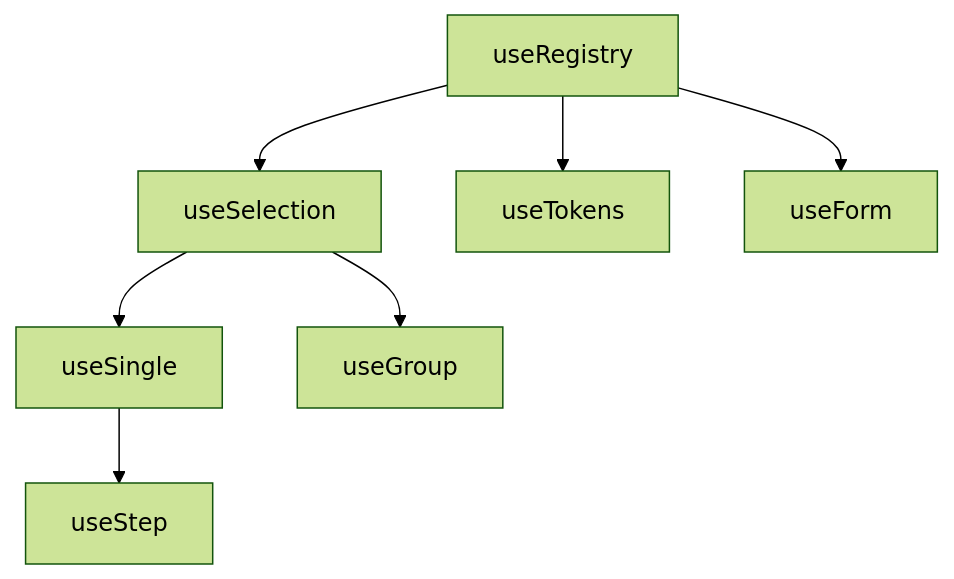
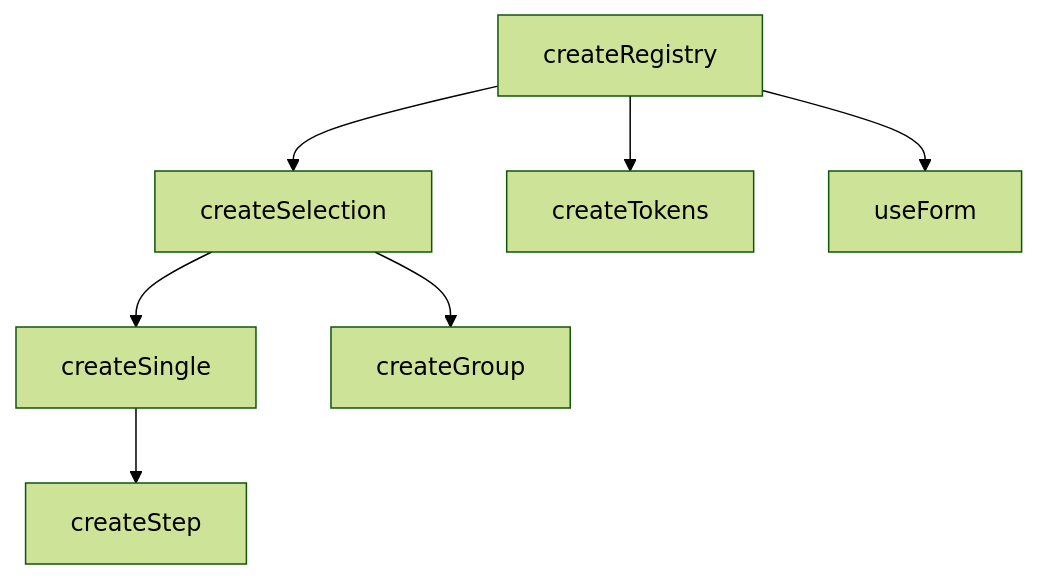
Before and after one commit to vuetifyjs/0: the diagram in apps/docs/src/pages/guide/structure.md, drawn with Mermaid (forest theme). The commit also changed other lines of this file and 33 other files, not shown here.

First line of the commit message:
refactor: rename useTokens to createTokens and audit docs

````diff
--- a/apps/docs/src/pages/guide/structure.md
+++ b/apps/docs/src/pages/guide/structure.md
@@ -117,17 +117,17 @@
 ```mermaid "Extension Hierarchy"
 flowchart TD
-    Registry[useRegistry]
-    Selection[useSelection]
-    Single[useSingle]
-    Step[useStep]
-    Group[useGroup]
-    Tokens[useTokens]
+    Registry[createRegistry]
+    Selection[createSelection]
+    Single[createSingle]
+    Step[createStep]
+    Group[createGroup]
+    Tokens[createTokens]
     Form[useForm]
 
     Registry --> Selection
     Registry --> Tokens
     Registry --> Form
     Selection --> Single
     Selection --> Group
     Single --> Step
 ```
````
